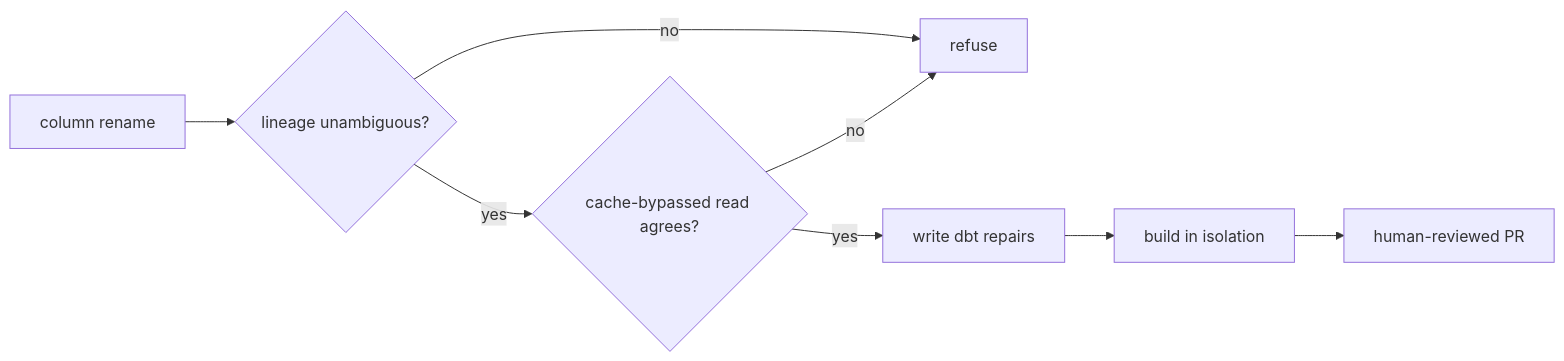
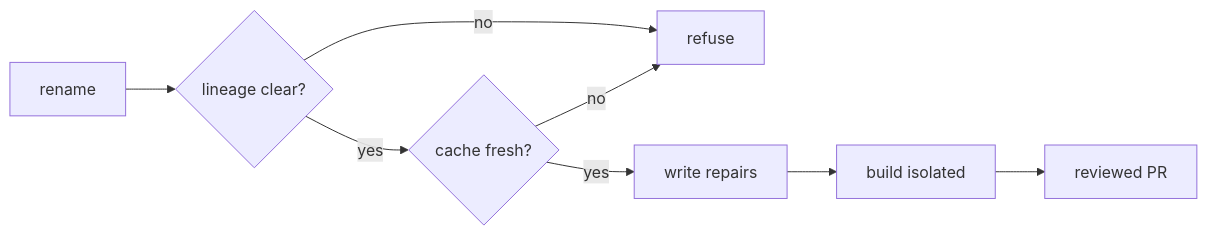
One commit to itxcrusher/itxcrusher changed the diagram in README.md. Above: the diagram before and after it, drawn with Mermaid.

Commit message:
fix(profile): shorten the diagram labels so the terminal node is not clipped
Rendered at 846px the diagram overflowed its iframe and GitHub's pan/zoom control
cluster sat on top of 'human-reviewed PR', hiding the one node the diagram exists
to show. Shorter labels fit the column.

````diff
--- a/README.md
+++ b/README.md
@@ -43,10 +43,10 @@
 ```mermaid
 flowchart LR
-  A[column rename] --> B{lineage unambiguous?}
+  A[rename] --> B{lineage clear?}
   B -- no --> R[refuse]
-  B -- yes --> C{cache-bypassed read agrees?}
+  B -- yes --> C{cache fresh?}
   C -- no --> R
-  C -- yes --> D[write dbt repairs]
-  D --> E[build in isolation]
-  E --> F[human-reviewed PR]
+  C -- yes --> D[write repairs]
+  D --> E[build isolated]
+  E --> F[reviewed PR]
 ```
````
